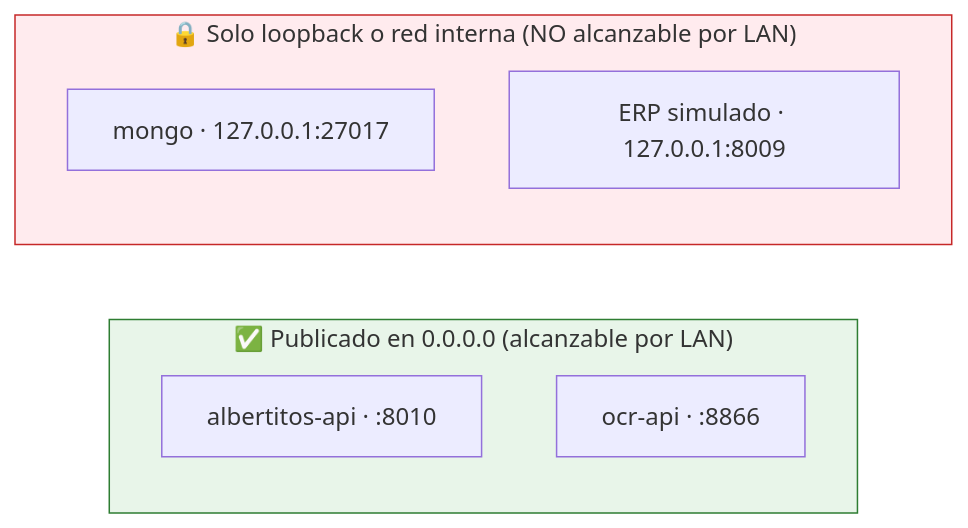
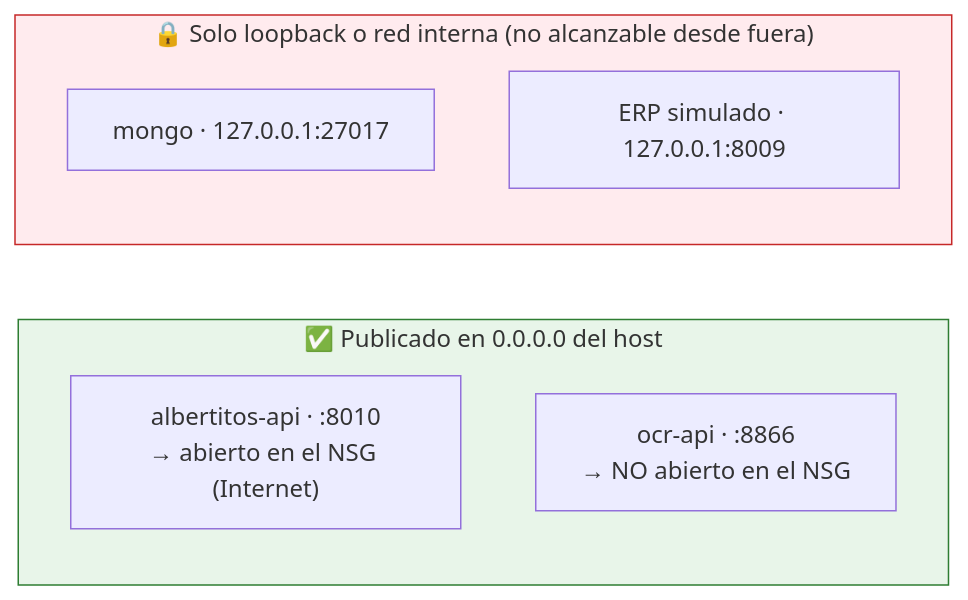
The third of 7 diagrams in maisa/api/README.md (alexcerezo/maisa), drawn with Mermaid before and after one commit. The commit also changed other lines of this file and 36 other files, not shown here.

````diff
--- a/maisa/api/README.md
+++ b/maisa/api/README.md
@@ -126,13 +145,13 @@
 ```mermaid
 flowchart LR
-    subgraph ABIERTO["✅ Publicado en 0.0.0.0 (alcanzable por LAN)"]
-        P1["albertitos-api · :8010"]
-        P2["ocr-api · :8866"]
+    subgraph ABIERTO["✅ Publicado en 0.0.0.0 del host"]
+        P1["albertitos-api · :8010<br/>→ abierto en el NSG (Internet)"]
+        P2["ocr-api · :8866<br/>→ NO abierto en el NSG"]
     end
-    subgraph CERRADO["🔒 Solo loopback o red interna (NO alcanzable por LAN)"]
+    subgraph CERRADO["🔒 Solo loopback o red interna (no alcanzable desde fuera)"]
         P3["mongo · 127.0.0.1:27017"]
         P4["ERP simulado · 127.0.0.1:8009"]
     end
     style ABIERTO fill:#e8f5e9,stroke:#2e7d32
     style CERRADO fill:#ffebee,stroke:#c62828
 ```
````
